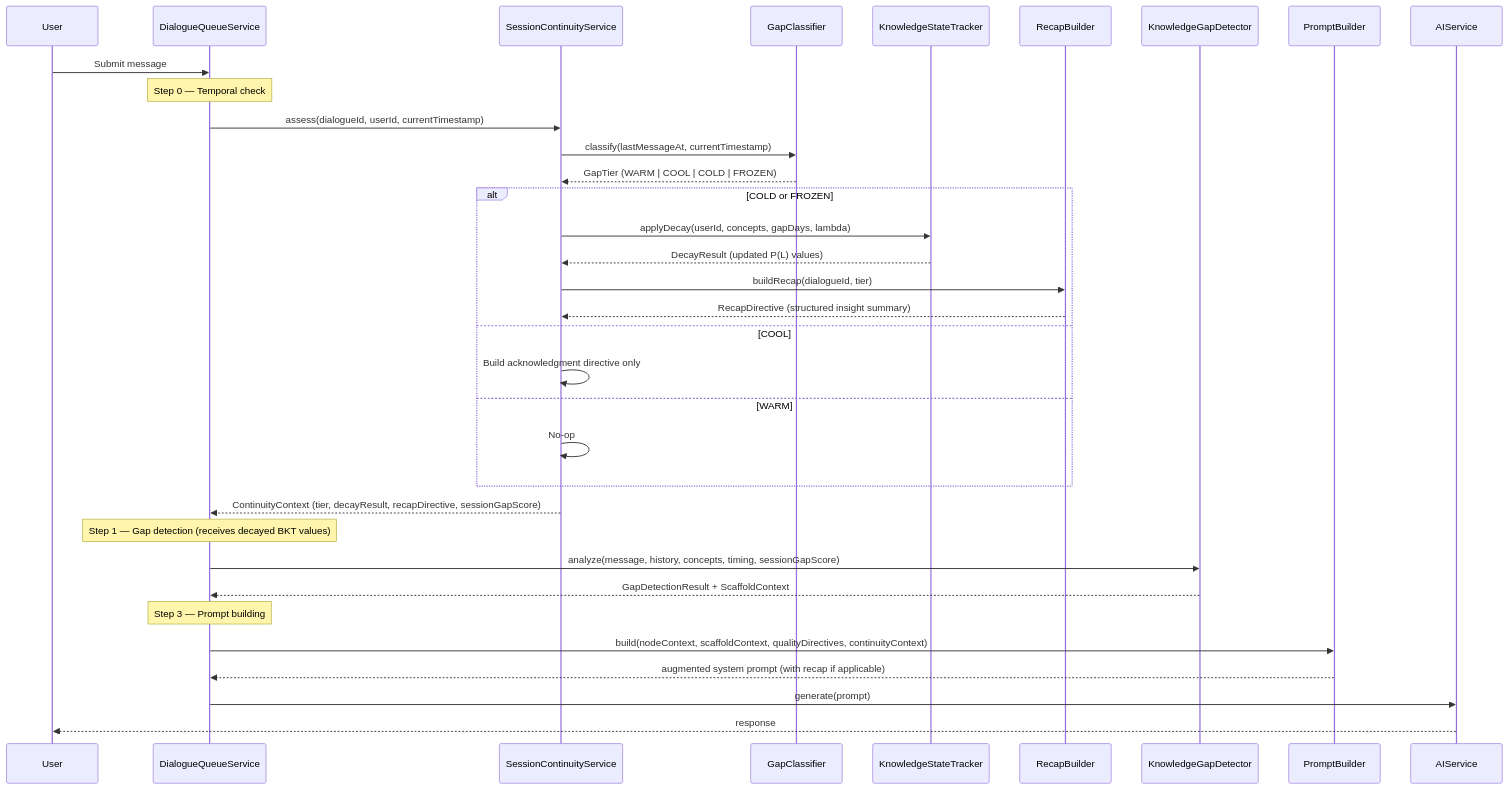
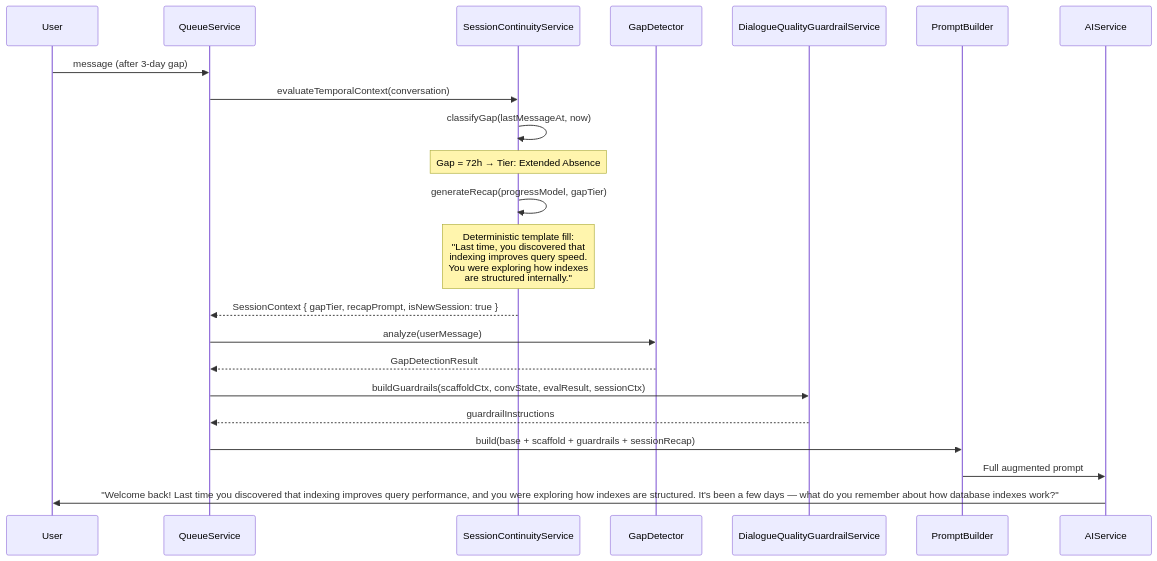
One commit to shettydev/mukti changed the third of 7 diagrams in docs/rfcs/active/rfc-0005-session-continuity-temporal-awareness/index.md. Above: the diagram before and after it, drawn with Mermaid. The commit also changed other lines of this file and 1 other file, not shown here.

First line of the commit message:
docs(rfc): Refine dialogue quality guardrails RFC

````diff
--- a/docs/rfcs/active/rfc-0005-session-continuity-temporal-awareness/index.md
+++ b/docs/rfcs/active/rfc-0005-session-continuity-temporal-awareness/index.md
@@ -170,43 +160,33 @@
 ```mermaid
 sequenceDiagram
     participant User
-    participant DQS as DialogueQueueService
-    participant SCS as SessionContinuityService
-    participant GC as GapClassifier
-    participant BKT as KnowledgeStateTracker
-    participant RB as RecapBuilder
-    participant KGD as KnowledgeGapDetector
-    participant PB as PromptBuilder
+    participant Queue as QueueService
+    participant Session as SessionContinuityService
+    participant Gap as GapDetector
+    participant Guard as DialogueQualityGuardrailService
+    participant Prompt as PromptBuilder
     participant AI as AIService
 
-    User->>DQS: Submit message
+    User->>Queue: message (after 3-day gap)
 
-    Note over DQS: Step 0 — Temporal check
-    DQS->>SCS: assess(dialogueId, userId, currentTimestamp)
-    SCS->>GC: classify(lastMessageAt, currentTimestamp)
-    GC-->>SCS: GapTier (WARM | COOL | COLD | FROZEN)
+    Queue->>Session: evaluateTemporalContext(conversation)
 
-    alt COLD or FROZEN
-        SCS->>BKT: applyDecay(userId, concepts, gapDays, lambda)
-        BKT-->>SCS: DecayResult (updated P(L) values)
-        SCS->>RB: buildRecap(dialogueId, tier)
-        RB-->>SCS: RecapDirective (structured insight summary)
-    else COOL
-        SCS->>SCS: Build acknowledgment directive only
-    else WARM
-        SCS->>SCS: No-op
-    end
+    Session->>Session: classifyGap(lastMessageAt, now)
+    Note over Session: Gap = 72h → Tier: Extended Absence
 
-    SCS-->>DQS: ContinuityContext (tier, decayResult, recapDirective, sessionGapScore)
+    Session->>Session: generateRecap(progressModel, gapTier)
+    Note over Session: Deterministic template fill:<br/>"Last time, you discovered that<br/>indexing improves query speed.<br/>You were exploring how indexes<br/>are structured internally."
 
-    Note over DQS: Step 1 — Gap detection (receives decayed BKT values)
-    DQS->>KGD: analyze(message, history, concepts, timing, sessionGapScore)
-    KGD-->>DQS: GapDetectionResult + ScaffoldContext
+    Session-->>Queue: SessionContext { gapTier, recapPrompt, isNewSession: true }
 
-    Note over DQS: Step 3 — Prompt building
-    DQS->>PB: build(nodeContext, scaffoldContext, qualityDirectives, continuityContext)
-    PB-->>DQS: augmented system prompt (with recap if applicable)
+    Queue->>Gap: analyze(userMessage)
+    Gap-->>Queue: GapDetectionResult
 
-    DQS->>AI: generate(prompt)
-    AI-->>User: response
+    Queue->>Guard: buildGuardrails(scaffoldCtx, convState, evalResult, sessionCtx)
+    Guard-->>Queue: guardrailInstructions
+
+    Queue->>Prompt: build(base + scaffold + guardrails + sessionRecap)
+    Prompt->>AI: Full augmented prompt
+
+    AI->>User: "Welcome back! Last time you discovered that indexing improves query performance, and you were exploring how indexes are structured. It's been a few days — what do you remember about how database indexes work?"
 ```
````
